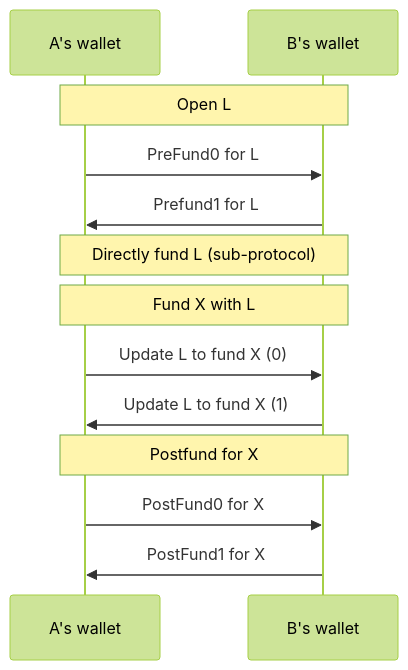
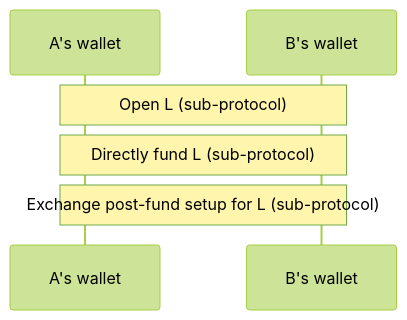
The first of 2 diagrams in packages/wallet/src/redux/protocols/new-ledger-channel/readme.md (magmo/apps), drawn with Mermaid (forest theme) before and after one commit. The commit also changed other lines of this file, not shown here.

````diff
--- a/packages/wallet/src/redux/protocols/new-ledger-channel/readme.md
+++ b/packages/wallet/src/redux/protocols/new-ledger-channel/readme.md
@@ -16,16 +15,9 @@
 ```mermaid
 sequenceDiagram
   participant A as A's wallet
   participant B as B's wallet
 
-  Note  over A, B: Open L
-  A->>B: PreFund0 for L
-  B->>A: Prefund1 for L
+  Note  over A, B: Open L (sub-protocol)
   Note  over A, B: Directly fund L (sub-protocol)
-  Note  over A, B: Fund X with L
-  A->>B: Update L to fund X (0)
-  B->>A: Update L to fund X (1)
-  Note  over A, B: Postfund for X
-  A->>B: PostFund0 for X
-  B->>A: PostFund1 for X
+  Note  over A, B: Exchange post-fund setup for L (sub-protocol)
 ```
````
